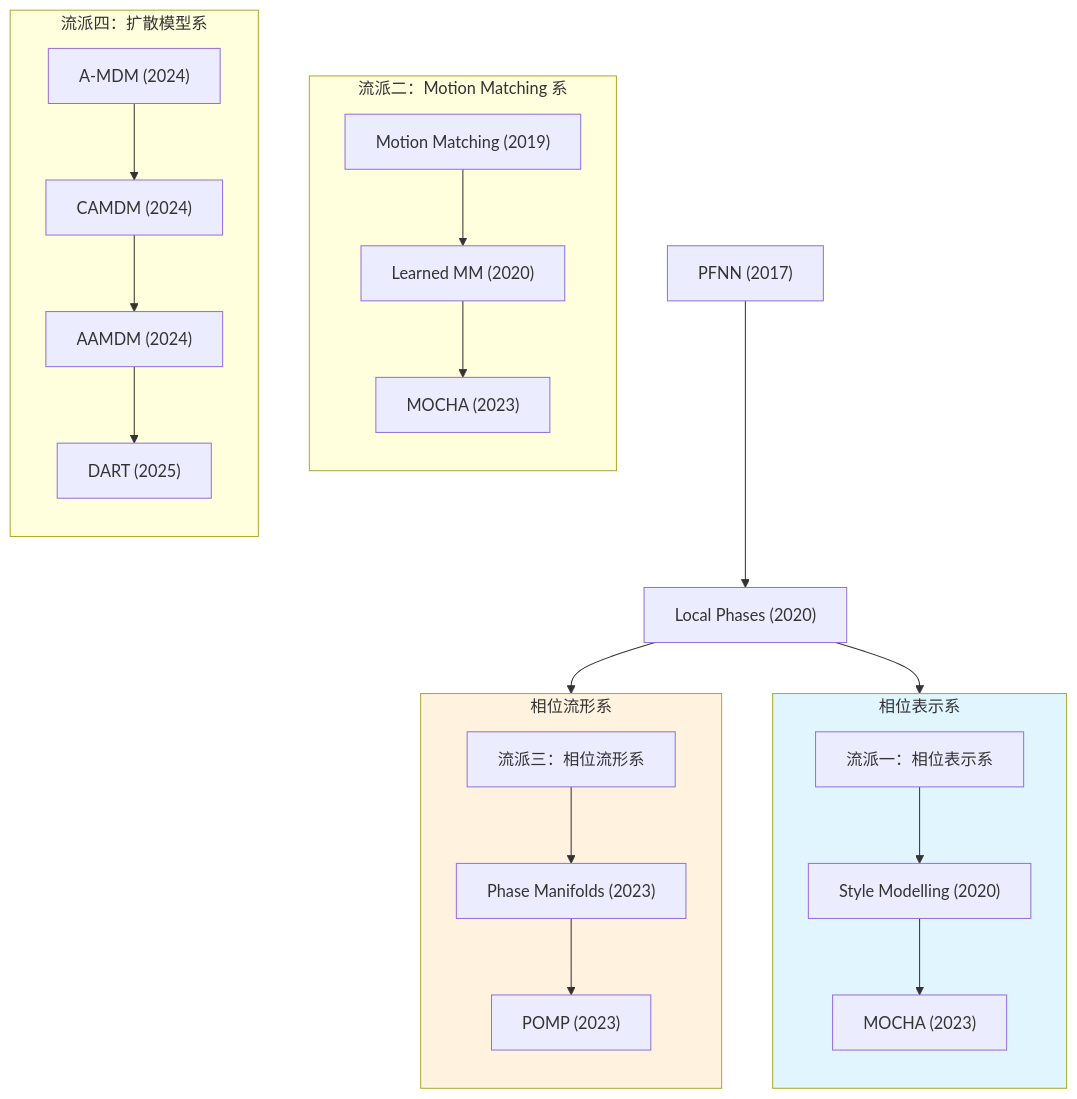
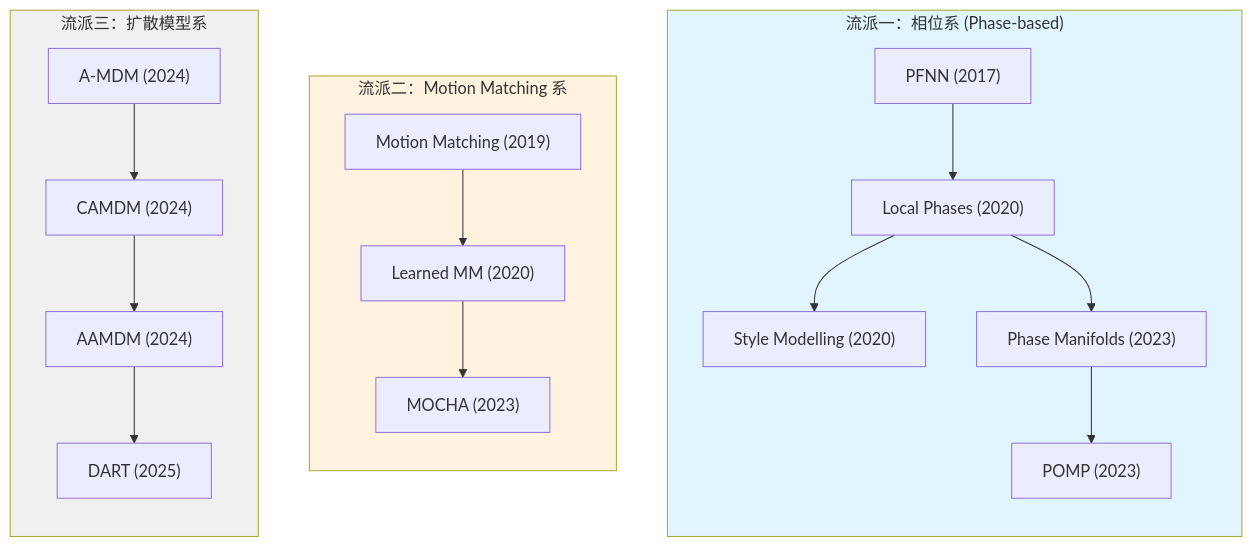
One commit to CaterpillarStudyGroup/GAMES105_mdbook changed the first of 26 diagrams in src/Locomotion_Survey.md. Above: the diagram before and after it, drawn with Mermaid. The commit also changed other lines of this file, not shown here.

First line of the commit message:
Merge Phase-based and Phase Manifolds schools; Fix MOCHA classification

````diff
--- a/src/Locomotion_Survey.md
+++ b/src/Locomotion_Survey.md
@@ -42,35 +42,27 @@
 ```mermaid
 flowchart TB
-    PFNN["PFNN (2017)"] --> LP["Local Phases (2020)"]
-
-    LP --> Phase1["流派一：相位表示系"]
-    LP --> Phase3["流派三：相位流形系"]
-
-    subgraph Phase["相位表示系"]
+    subgraph Phase["流派一：相位系 (Phase-based)"]
         direction TB
-        Phase1 --> SM["Style Modelling (2020)"]
-        SM --> MOCHA["MOCHA (2023)"]
-    end
-
-    subgraph PhaseM["相位流形系"]
-        direction TB
-        Phase3 --> PM["Phase Manifolds (2023)"]
+        PFNN["PFNN (2017)"] --> LP["Local Phases (2020)"]
+        LP --> SM["Style Modelling (2020)"]
+        LP --> PM["Phase Manifolds (2023)"]
         PM --> POMP["POMP (2023)"]
     end
 
     subgraph MM["流派二：Motion Matching 系"]
         direction TB
         MM0["Motion Matching (2019)"] --> LMM["Learned MM (2020)"]
-        LMM --> MOCHA2["MOCHA (2023)"]
+        LMM --> MOCHA["MOCHA (2023)"]
     end
 
-    subgraph Diff["流派四：扩散模型系"]
+    subgraph Diff["流派三：扩散模型系"]
         direction TB
         AMDM["A-MDM (2024)"] --> CAMDM["CAMDM (2024)"]
         CAMDM --> AAMDM["AAMDM (2024)"]
         AAMDM --> DART["DART (2025)"]
     end
 
     style Phase fill:#e1f5fe
-    style PhaseM fill:#fff3e0
+    style MM fill:#fff3e0
+    style Diff fill:#f0f0f0
 ```
````
